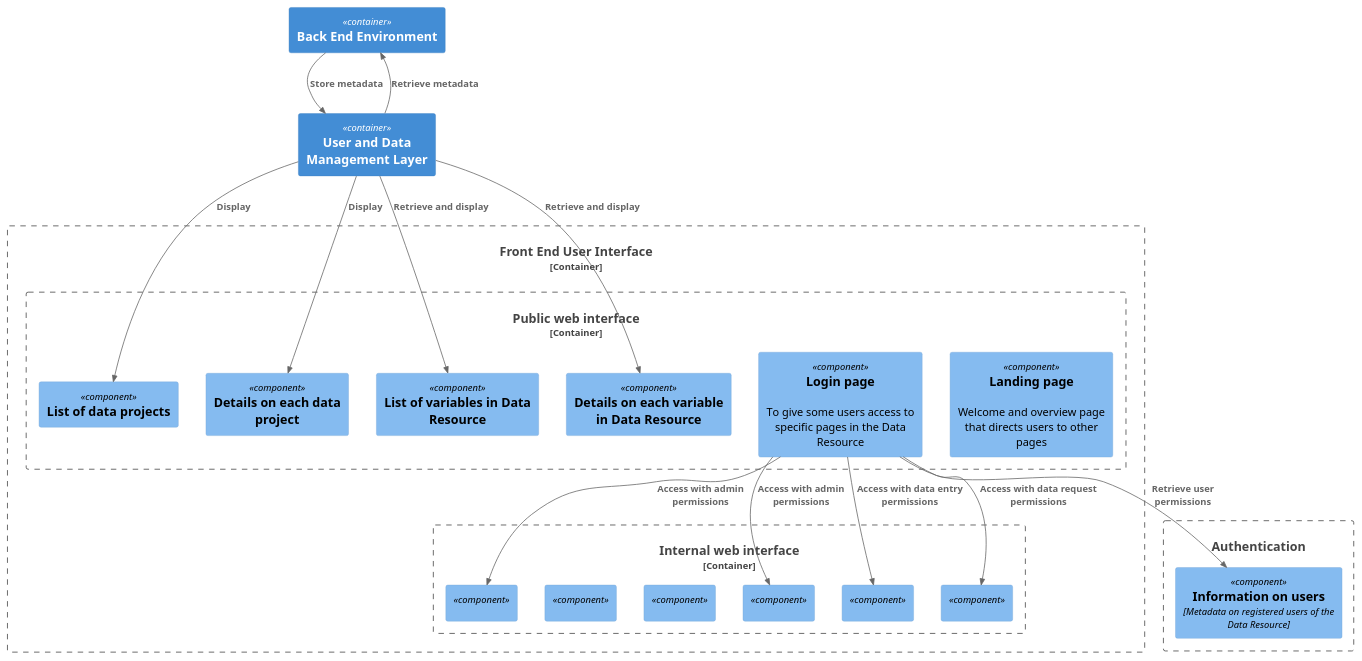
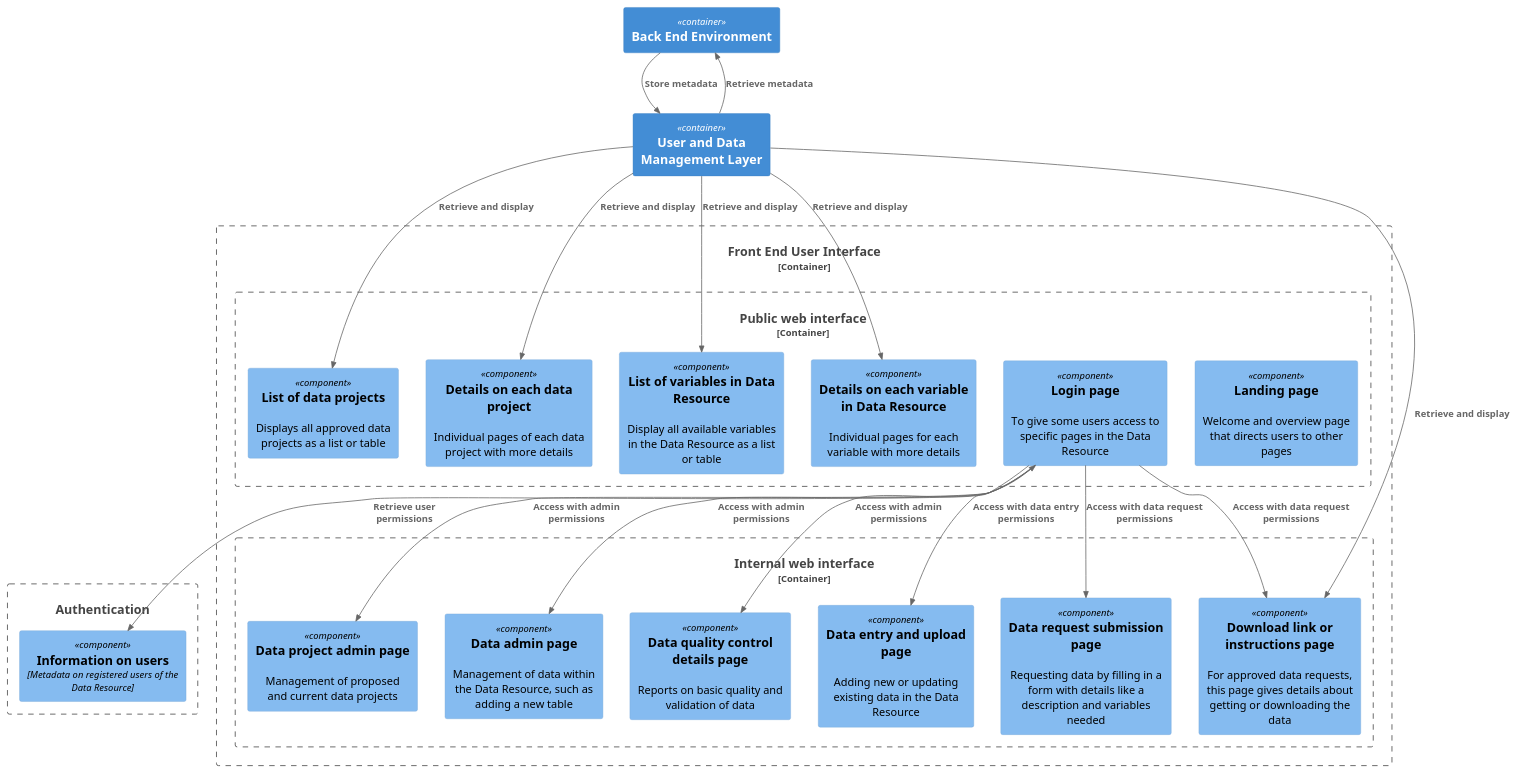
The diagram in design/images/component-ui.puml (seedcase-project/seedcase-website), drawn with PlantUML before and after one commit. The commit also changed other lines of this file and 2 other files, not shown here.

Commit message:
C4 component diagram for UI done. See #74

```diff
--- a/design/images/component-ui.puml
+++ b/design/images/component-ui.puml
@@ -1,52 +1,58 @@
 @startuml c4-component-ui
 ' Component diagram for the Seedcase product - Backend: File Storage
 !include  https://raw.githubusercontent.com/plantuml-stdlib/C4-PlantUML/master/C4_Component.puml
 
 Container(bee, "Back End Environment")
 Container(management, "User and Data Management Layer")
 Container(auth, "Authentication")
 
 Container_Boundary(ui, "Front End User Interface") {
   Container_Boundary(auth, "Authentication") {
     Component(user_info, "Information on users", "Metadata on registered users of the Data Resource")
   }
   Container_Boundary(web, "Public web interface") {
     Component(page_landing, "Landing page", $descr="Welcome and overview page that directs users to other pages")
     Component(page_login, "Login page", $descr="To give some users access to specific pages in the Data Resource")
-    Component(page_projects_list, "List of data projects", $descr="")
-    Component(page_projects_details, "Details on each data project", $descr="")
-    Component(page_metadata_list, "List of variables in Data Resource", $descr="")
-    Component(page_metadata_details, "Details on each variable in Data Resource", $descr="")
+    Component(page_projects_list, "List of data projects", $descr="Displays all approved data projects as a list or table")
+    Component(page_projects_details, "Details on each data project", $descr="Individual pages of each data project with more details")
+    Component(page_metadata_list, "List of variables in Data Resource", $descr="Display all available variables in the Data Resource as a list or table")
+    Component(page_metadata_details, "Details on each variable in Data Resource", $descr="Individual pages for each variable with more details")
   }
   Container_Boundary(web_admin, "Internal web interface") {
     ' Admin
-    Component(page_project_admin, "", $descr="")
-    Component(page_data_admin, "", $descr="")
+    Component(page_project_admin, "Data project admin page", $descr="Management of proposed and current data projects")
+    Component(page_data_admin, "Data admin page", $descr="Management of data within the Data Resource, such as adding a new table")
+    Component(page_data_qc, "Data quality control details page", $descr="Reports on basic quality and validation of data")
 
     ' Data entry
-    Component(page_data_upload, "", $descr="")
-    Component(page_data_download, "", $descr="")
-    Component(page_data_qc, "", $descr="")
+    Component(page_data_upload, "Data entry and upload page", $descr="Adding new or updating existing data in the Data Resource")
 
     ' Data request
-    Component(page_data_request, "", $descr="")
+    Component(page_data_request, "Data request submission page", $descr="Requesting data by filling in a form with details like a description and variables needed")
+    Component(page_data_download, "Download link or instructions page", $descr="For approved data requests, this page gives details about getting or downloading the data")
   }
 }
 
 ' Logged in users
-Rel(page_login, user_info, "Retrieve user permissions")
+BiRel(page_login, user_info, "Retrieve user permissions")
+
 Rel(page_login, page_data_upload, "Access with data entry permissions")
+
 Rel(page_login, page_data_request, "Access with data request permissions")
+Rel(page_login, page_data_download, "Access with data request permissions")
+
 Rel(page_login, page_project_admin, "Access with admin permissions")
 Rel(page_login, page_data_admin, "Access with admin permissions")
+Rel(page_login, page_data_qc, "Access with admin permissions")
 
 ' Accessing back end
 Rel(management, bee, "Retrieve metadata")
 Rel(bee, management, "Store metadata")
-Rel(management, page_projects_list, "Display")
-Rel(management, page_projects_details, "Display")
+Rel(management, page_projects_list, "Retrieve and display")
+Rel(management, page_projects_details, "Retrieve and display")
 Rel(management, page_metadata_list, "Retrieve and display")
 Rel(management, page_metadata_details, "Retrieve and display")
 
-
+' Requesting data
+Rel(management, page_data_download, "Retrieve and display")
 @enduml
```
